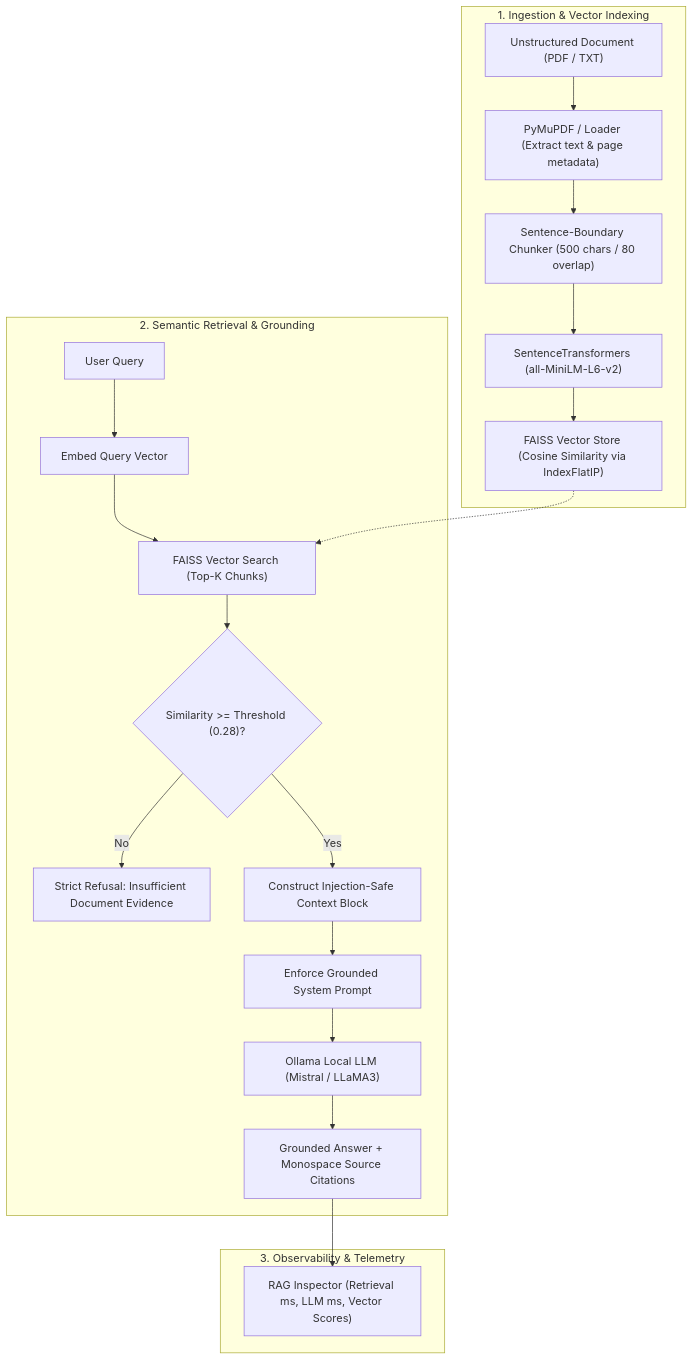
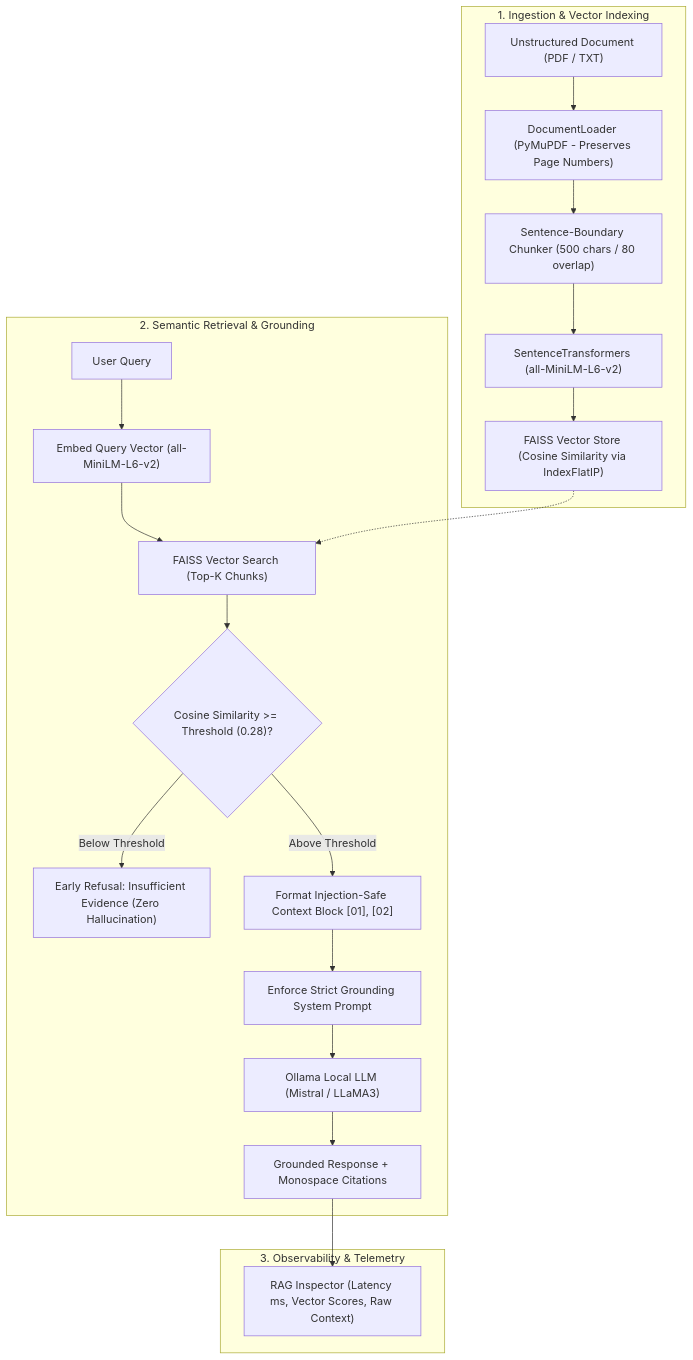
The diagram in README.md (hrithik021/chatbot-1), drawn with Mermaid before and after one commit. The commit also changed other lines of this file, not shown here.

Commit message:
docs: enrich README with complete architecture, demo script, and evaluation matrix

````diff
--- a/README.md
+++ b/README.md
@@ -17,25 +17,25 @@
 ```mermaid
 flowchart TD
     subgraph INGESTION ["1. Ingestion & Vector Indexing"]
-        A["Unstructured Document (PDF / TXT)"] --> B["PyMuPDF / Loader (Extract text & page metadata)"]
+        A["Unstructured Document (PDF / TXT)"] --> B["DocumentLoader (PyMuPDF - Preserves Page Numbers)"]
         B --> C["Sentence-Boundary Chunker (500 chars / 80 overlap)"]
         C --> D["SentenceTransformers (all-MiniLM-L6-v2)"]
         D --> E["FAISS Vector Store (Cosine Similarity via IndexFlatIP)"]
     end
 
     subgraph INFERENCE ["2. Semantic Retrieval & Grounding"]
-        Q["User Query"] --> EMB_Q["Embed Query Vector"]
+        Q["User Query"] --> EMB_Q["Embed Query Vector (all-MiniLM-L6-v2)"]
         EMB_Q --> SIM["FAISS Vector Search (Top-K Chunks)"]
         E -.-> SIM
-        SIM --> THRESH{"Similarity >= Threshold (0.28)?"}
-        THRESH -- No --> REFUSE["Strict Refusal: Insufficient Document Evidence"]
-        THRESH -- Yes --> CTX["Construct Injection-Safe Context Block"]
-        CTX --> PROMPT["Enforce Grounded System Prompt"]
+        SIM --> THRESH{"Cosine Similarity >= Threshold (0.28)?"}
+        THRESH -- Below Threshold --> REFUSE["Early Refusal: Insufficient Evidence (Zero Hallucination)"]
+        THRESH -- Above Threshold --> CTX["Format Injection-Safe Context Block [01], [02]"]
+        CTX --> PROMPT["Enforce Strict Grounding System Prompt"]
         PROMPT --> LLM["Ollama Local LLM (Mistral / LLaMA3)"]
-        LLM --> ANS["Grounded Answer + Monospace Source Citations"]
+        LLM --> ANS["Grounded Response + Monospace Citations"]
     end
 
     subgraph OBSERVABILITY ["3. Observability & Telemetry"]
-        ANS --> INSP["RAG Inspector (Retrieval ms, LLM ms, Vector Scores)"]
+        ANS --> INSP["RAG Inspector (Latency ms, Vector Scores, Raw Context)"]
     end
 ```
````
